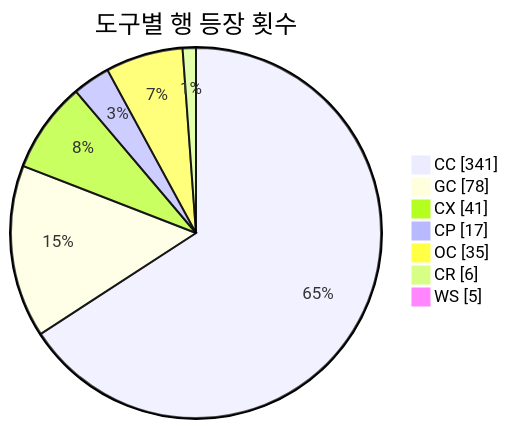
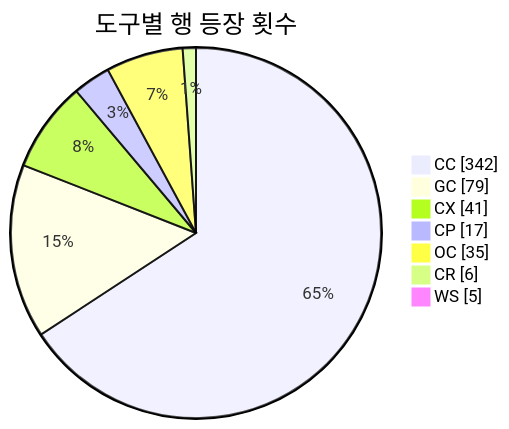
The second of 3 diagrams in README.md (J-nowcow/awesome-korean-agent-skills), drawn with Mermaid before and after one commit. The commit also changed other lines of this file and 3 other files, not shown here.

````diff
--- a/README.md
+++ b/README.md
@@ -193,11 +193,11 @@
 ```mermaid
 pie showData
     title 도구별 행 등장 횟수
-    "CC" : 341
-    "GC" : 78
+    "CC" : 342
+    "GC" : 79
     "CX" : 41
     "CP" : 17
     "OC" : 35
     "CR" : 6
     "WS" : 5
 ```
````
